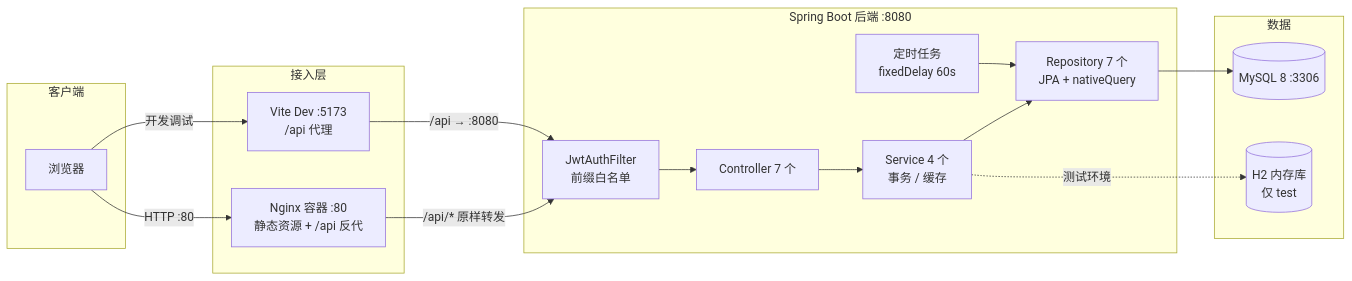
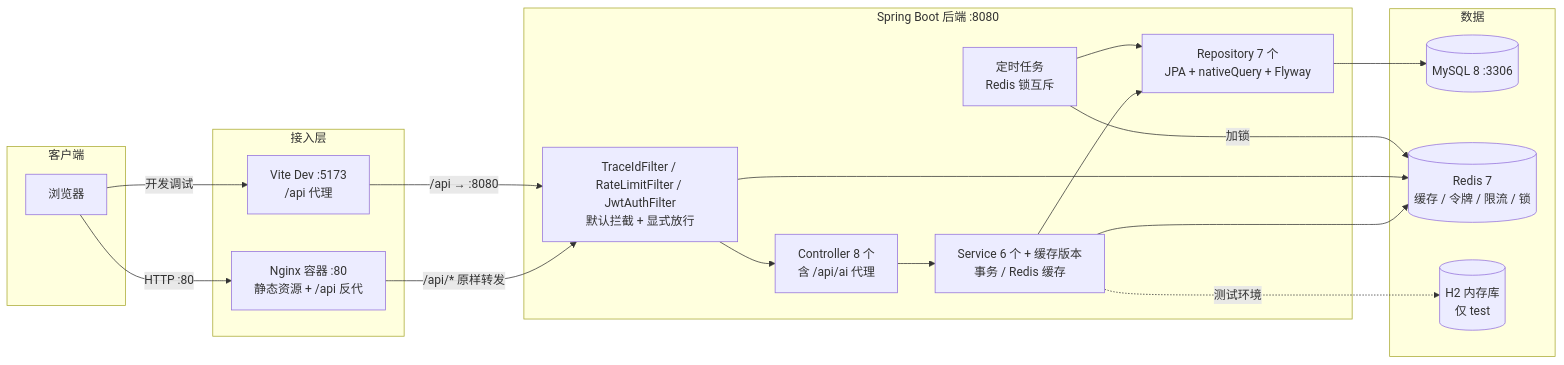
One commit to 192aaa/railway-ticket changed the first of 2 diagrams in specs/001-railway-ticket/plan.md. Above: the diagram before and after it, drawn with Mermaid. The commit also changed other lines of this file and 92 other files, not shown here.

````diff
--- a/specs/001-railway-ticket/plan.md
+++ b/specs/001-railway-ticket/plan.md
@@ -41,29 +41,33 @@
 ```mermaid
 flowchart LR
     subgraph Client[客户端]
         B[浏览器]
     end
     subgraph Front[接入层]
         N[Nginx 容器 :80<br/>静态资源 + /api 反代]
         V[Vite Dev :5173<br/>/api 代理]
     end
     subgraph Back[Spring Boot 后端 :8080]
-        F[JwtAuthFilter<br/>前缀白名单]
-        C[Controller 7 个]
-        S[Service 4 个<br/>事务 / 缓存]
-        R[Repository 7 个<br/>JPA + nativeQuery]
-        T[定时任务<br/>fixedDelay 60s]
+        F[TraceIdFilter / RateLimitFilter / JwtAuthFilter<br/>默认拦截 + 显式放行]
+        C[Controller 8 个<br/>含 /api/ai 代理]
+        S[Service 6 个 + 缓存版本<br/>事务 / Redis 缓存]
+        R[Repository 7 个<br/>JPA + nativeQuery + Flyway]
+        T[定时任务<br/>Redis 锁互斥]
     end
     subgraph Data[数据]
         M[(MySQL 8 :3306)]
+        CACHE[(Redis 7<br/>缓存 / 令牌 / 限流 / 锁)]
         H[(H2 内存库<br/>仅 test)]
     end
     B -->|HTTP :80| N
     B -->|开发调试| V
     N -->|/api/* 原样转发| F
     V -->|/api → :8080| F
     F --> C --> S --> R
     R --> M
+    S --> CACHE
+    F --> CACHE
+    T -->|加锁| CACHE
     T --> R
     S -.->|测试环境| H
 ```
````
